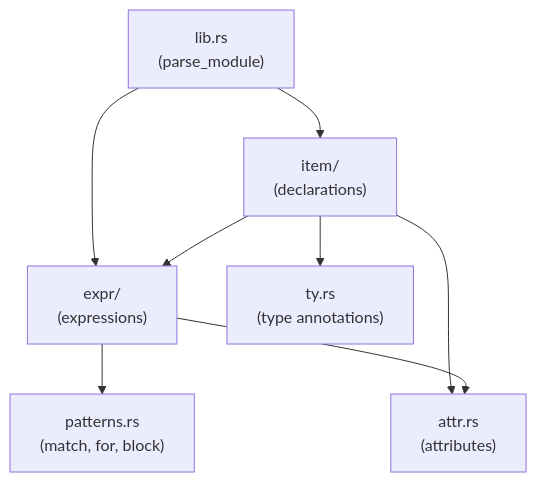
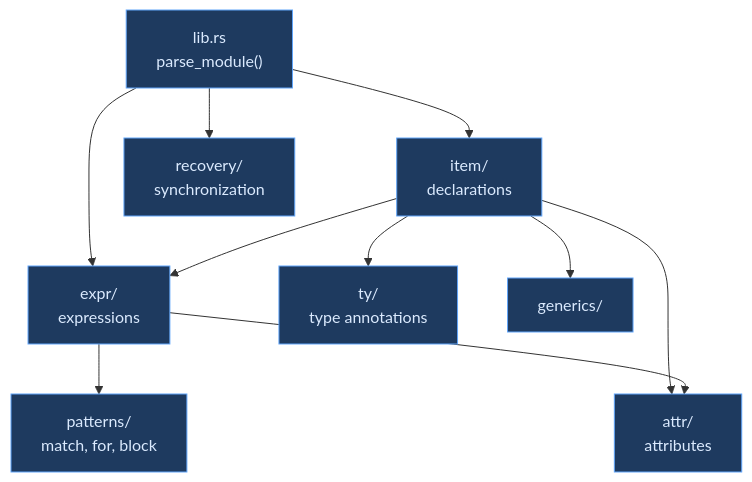
The diagram in docs/compiler/design/04-parser/grammar-modules.md (upstat-io/ori-lang), drawn with Mermaid before and after one commit. The commit also changed other lines of this file and 152 other files, not shown here.

````diff
--- a/docs/compiler/design/04-parser/grammar-modules.md
+++ b/docs/compiler/design/04-parser/grammar-modules.md
@@ -247,16 +198,22 @@
 ```mermaid
 flowchart TB
     lib["lib.rs
-(parse_module)"] --> item["item/
-(declarations)"]
+parse_module()"]:::frontend --> item["item/
+declarations"]:::frontend
     lib --> expr["expr/
-(expressions)"]
+expressions"]:::frontend
     item --> expr
-    item --> ty["ty.rs
-(type annotations)"]
-    expr --> patterns["patterns.rs
-(match, for, block)"]
-    item --> attr["attr.rs
-(attributes)"]
+    item --> ty["ty/
+type annotations"]:::frontend
+    expr --> patterns["patterns/
+match, for, block"]:::frontend
+    item --> attr["attr/
+attributes"]:::frontend
     expr --> attr
+    item --> generics["generics/
+<T: Bound>"]:::frontend
+    lib --> recovery["recovery/
+synchronization"]:::frontend
+
+    classDef frontend fill:#1e3a5f,stroke:#60a5fa,color:#dbeafe
 ```
````
